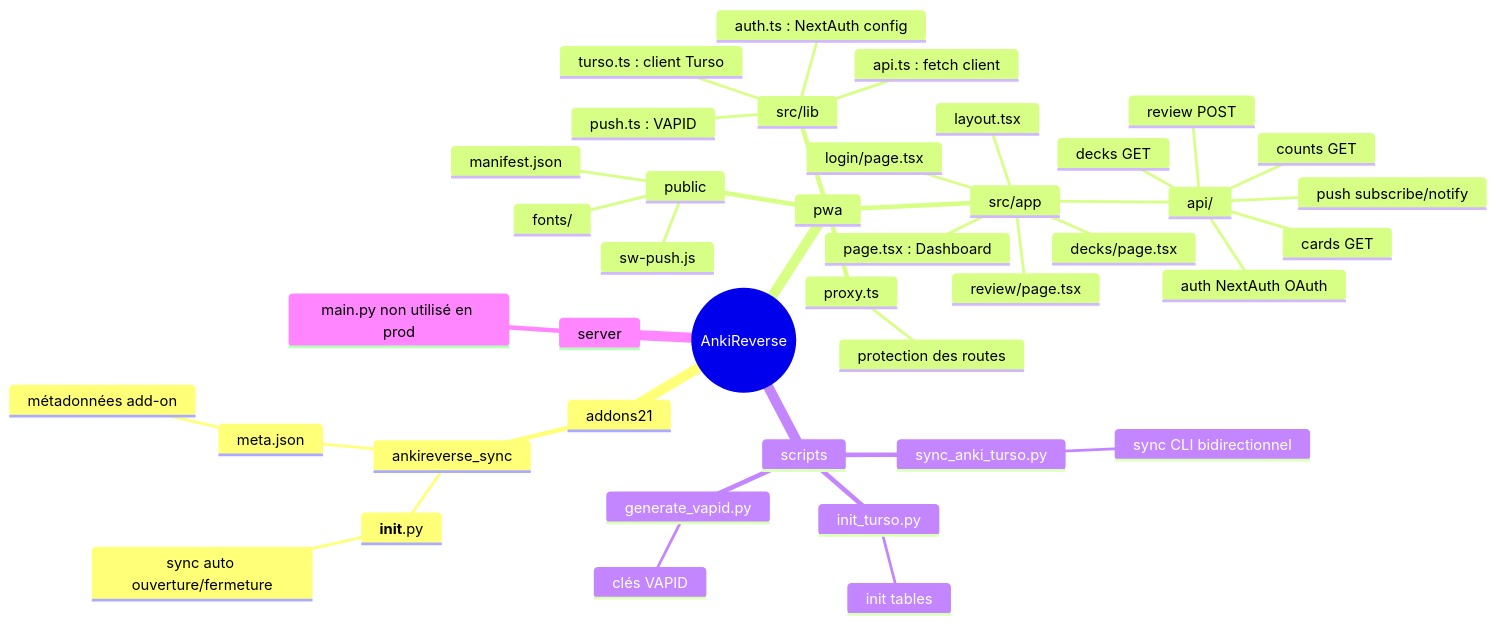
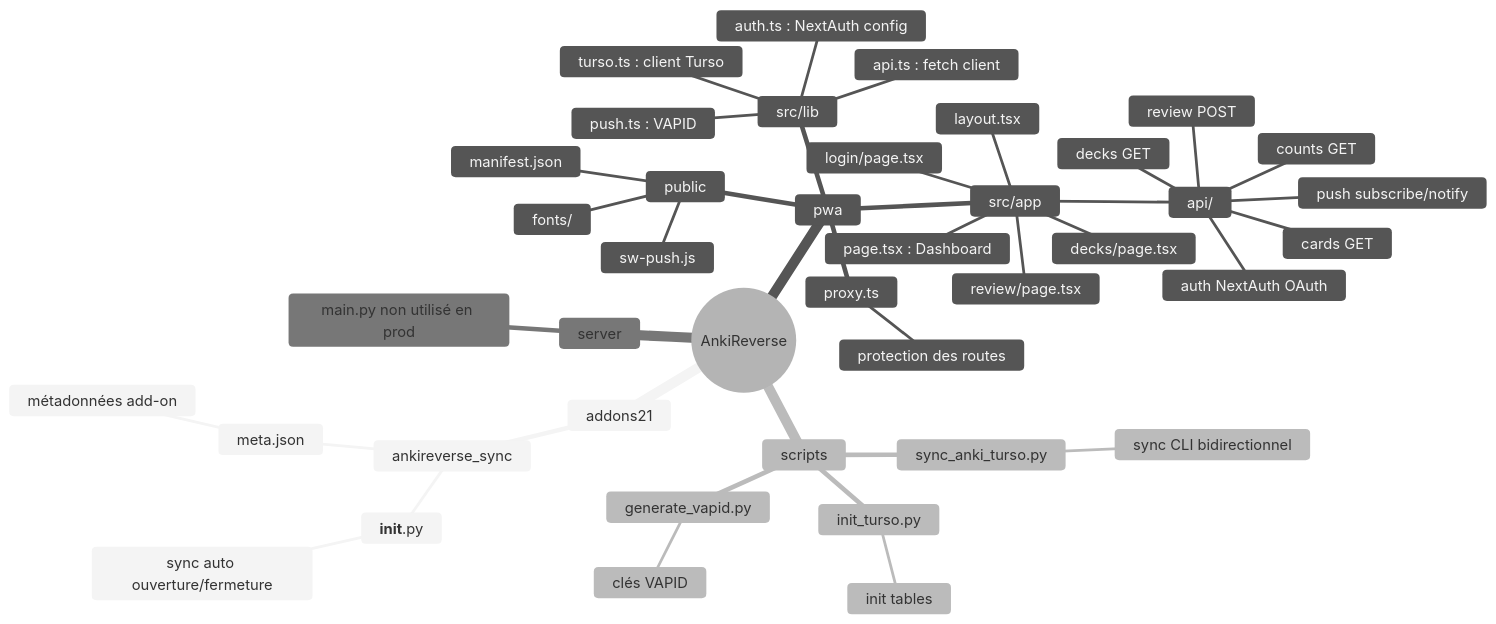
The second of 3 diagrams in README.md (Ribraba/AnkiReverse), drawn with Mermaid before and after one commit. The commit also changed other lines of this file, not shown here.

First line of the commit message:
docs: diagrammes Mermaid sobres — thème neutral, sans emojis

````diff
--- a/README.md
+++ b/README.md
@@ -56,44 +63,45 @@
 ```mermaid
+%%{init: {'theme': 'neutral'}}%%
 mindmap
   root((AnkiReverse))
     addons21
       ankireverse_sync
         __init__.py
           sync auto ouverture/fermeture
         meta.json
           métadonnées add-on
     pwa
       public
         manifest.json
         sw-push.js
         fonts/
       src/app
         page.tsx : Dashboard
         review/page.tsx
         decks/page.tsx
         login/page.tsx
         layout.tsx
         api/
           counts GET
           cards GET
           review POST
           decks GET
           push subscribe/notify
           auth NextAuth OAuth
       src/lib
         turso.ts : client Turso
         auth.ts : NextAuth config
         api.ts : fetch client
         push.ts : VAPID
       proxy.ts
         protection des routes
     scripts
       sync_anki_turso.py
         sync CLI bidirectionnel
       init_turso.py
         init tables
       generate_vapid.py
         clés VAPID
     server
       main.py non utilisé en prod
 ```
````
